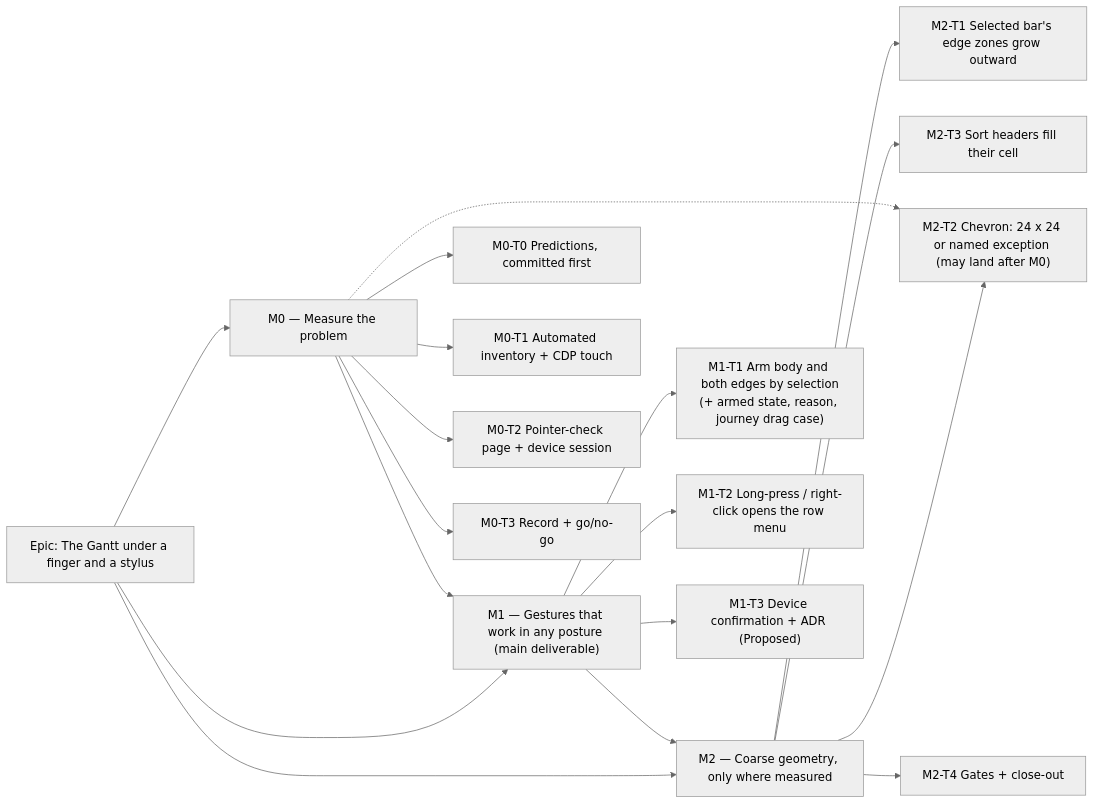
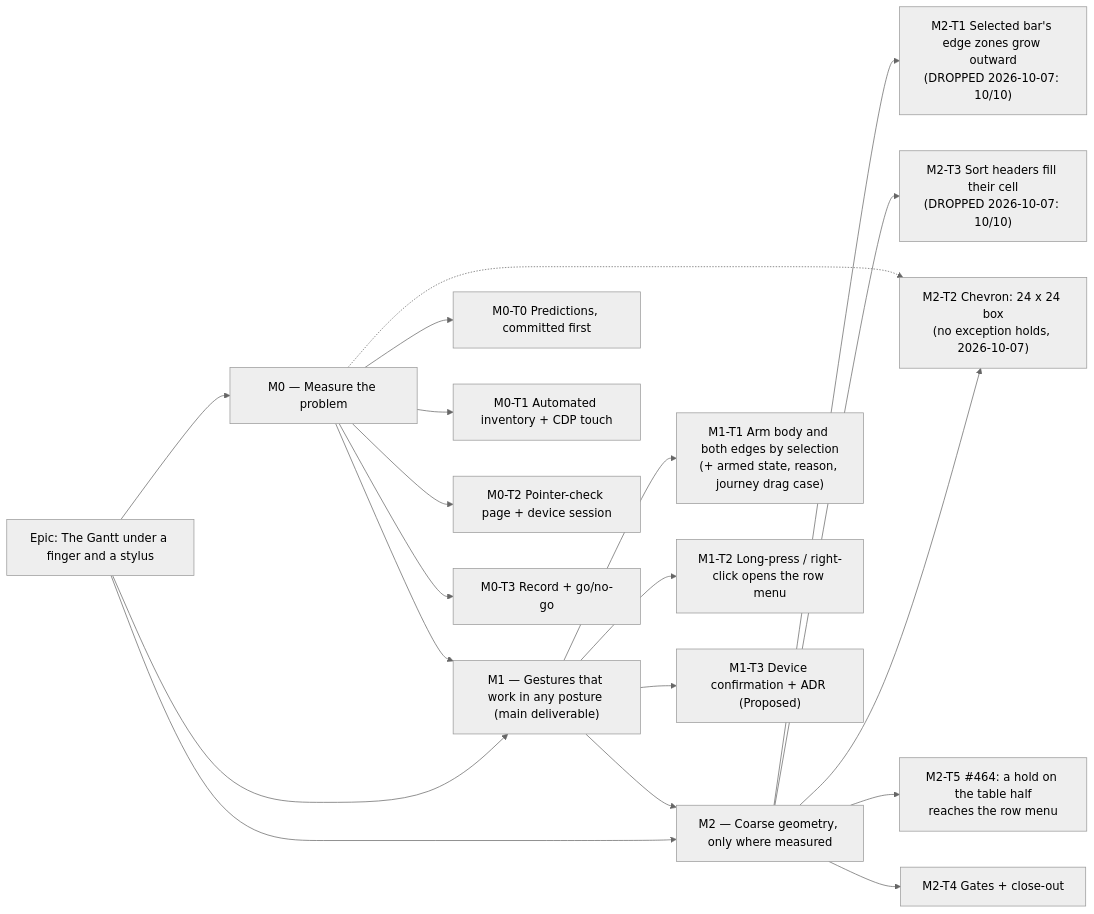
One commit to HuttonHomeHub/SchedulePoint_1 changed the diagram in docs/specs/gantt-coarse-pointer/implementation-plan.md. Above: the diagram before and after it, drawn with Mermaid (neutral theme). The commit also changed other lines of this file and 1 other file, not shown here.

Commit message:
docs(docs): re-scope Gantt M2 by the Surface results and add #464 (#879)

````diff
--- a/docs/specs/gantt-coarse-pointer/implementation-plan.md
+++ b/docs/specs/gantt-coarse-pointer/implementation-plan.md
@@ -12,19 +13,20 @@
 ```mermaid
 flowchart LR
   E["Epic: The Gantt under a finger and a stylus"] --> M0["M0 — Measure the problem"]
   E --> M1["M1 — Gestures that work in any posture (main deliverable)"]
   E --> M2["M2 — Coarse geometry, only where measured"]
   M0 --> T00["M0-T0 Predictions, committed first"]
   M0 --> T01["M0-T1 Automated inventory + CDP touch"]
   M0 --> T02["M0-T2 Pointer-check page + device session"]
   M0 --> T03["M0-T3 Record + go/no-go"]
   M1 --> T11["M1-T1 Arm body and both edges by selection<br/>(+ armed state, reason, journey drag case)"]
   M1 --> T12["M1-T2 Long-press / right-click opens the row menu"]
   M1 --> T13["M1-T3 Device confirmation + ADR (Proposed)"]
-  M2 --> T21["M2-T1 Selected bar's edge zones grow outward"]
-  M2 --> T22["M2-T2 Chevron: 24 x 24 or named exception (may land after M0)"]
-  M2 --> T23["M2-T3 Sort headers fill their cell"]
+  M2 --> T21["M2-T1 Selected bar's edge zones grow outward<br/>(DROPPED 2026-10-07: 10/10)"]
+  M2 --> T22["M2-T2 Chevron: 24 x 24 box<br/>(no exception holds, 2026-10-07)"]
+  M2 --> T23["M2-T3 Sort headers fill their cell<br/>(DROPPED 2026-10-07: 10/10)"]
+  M2 --> T25["M2-T5 #464: a hold on the table half<br/>reaches the row menu"]
   M2 --> T24["M2-T4 Gates + close-out"]
   M0 --> M1 --> M2
   M0 -.-> T22
 ```
````
